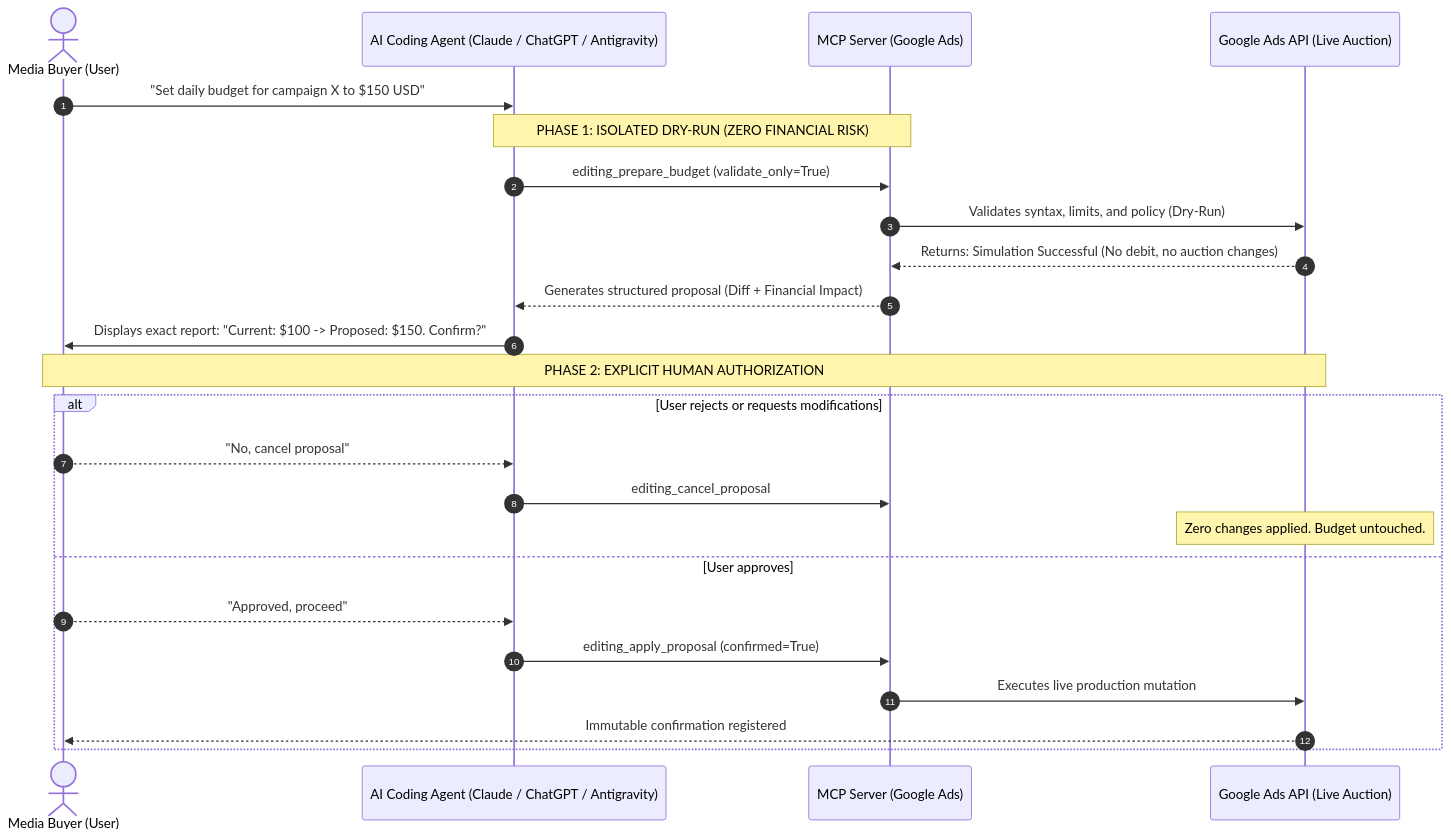
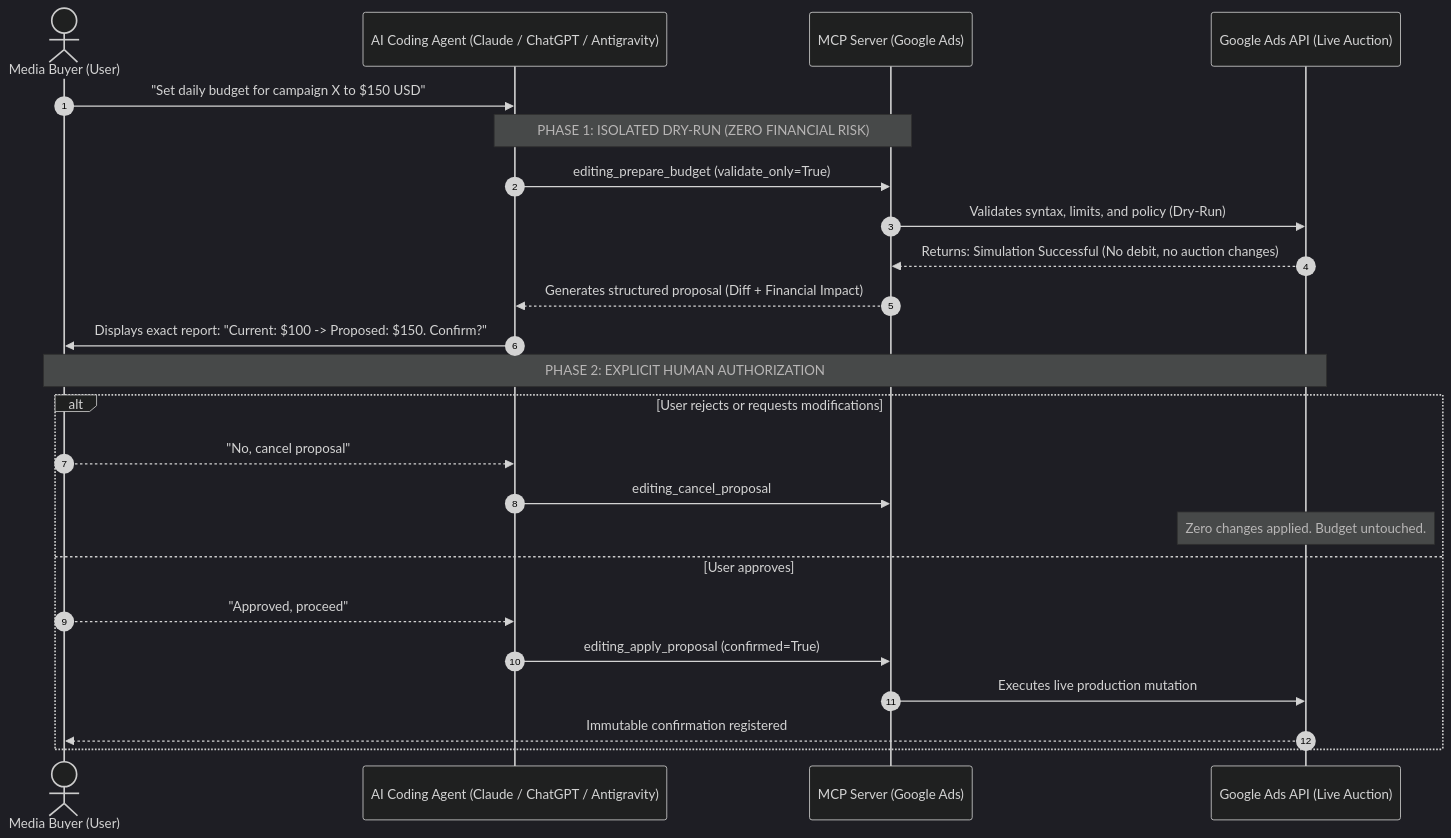
The first of 3 diagrams in README.md (eddvasquez/mcp-for-google-ads), drawn with Mermaid before and after one commit. The commit also changed other lines of this file and 1 other file, not shown here.

Commit message:
docs(diagrams): optimizar tamano de fuentes, padding y wrapping para ajuste perfecto 1:1 en GitHub

````diff
--- a/README.md
+++ b/README.md
@@ -77,28 +77,29 @@
 ```mermaid
+%%{init: {'theme': 'dark', 'themeVariables': { 'fontSize': '14px' }, 'sequence': { 'actorFontSize': '14px', 'messageFontSize': '13px', 'noteFontSize': '12px', 'width': 180 }}}%%
 sequenceDiagram
     autonumber
     actor MB as Media Buyer (User)
     participant IA as AI Coding Agent (Claude / ChatGPT / Antigravity)
     participant MCP as MCP Server (Google Ads)
     participant API as Google Ads API (Live Auction)
 
     MB->>IA: "Set daily budget for campaign X to $150 USD"
     Note over IA,MCP: PHASE 1: ISOLATED DRY-RUN (ZERO FINANCIAL RISK)
     IA->>MCP: editing_prepare_budget (validate_only=True)
     MCP->>API: Validates syntax, limits, and policy (Dry-Run)
     API-->>MCP: Returns: Simulation Successful (No debit, no auction changes)
     MCP-->>IA: Generates structured proposal (Diff + Financial Impact)
     IA->>MB: Displays exact report: "Current: $100 -> Proposed: $150. Confirm?"
 
     Note over MB,API: PHASE 2: EXPLICIT HUMAN AUTHORIZATION
     alt User rejects or requests modifications
         MB-->>IA: "No, cancel proposal"
         IA->>MCP: editing_cancel_proposal
         Note over API: Zero changes applied. Budget untouched.
     else User approves
         MB-->>IA: "Approved, proceed"
         IA->>MCP: editing_apply_proposal (confirmed=True)
         MCP->>API: Executes live production mutation
         API-->>MB: Immutable confirmation registered
     end
 ```
````
